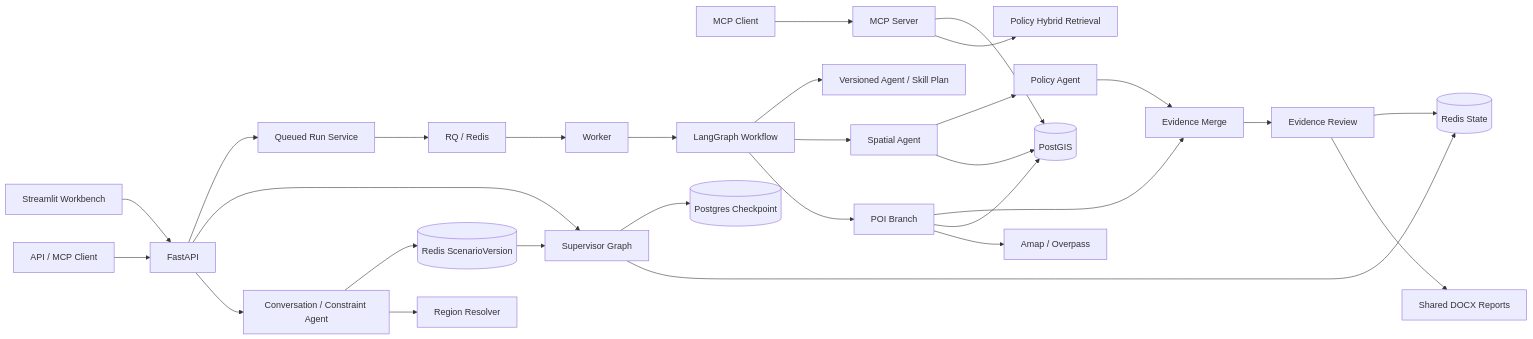
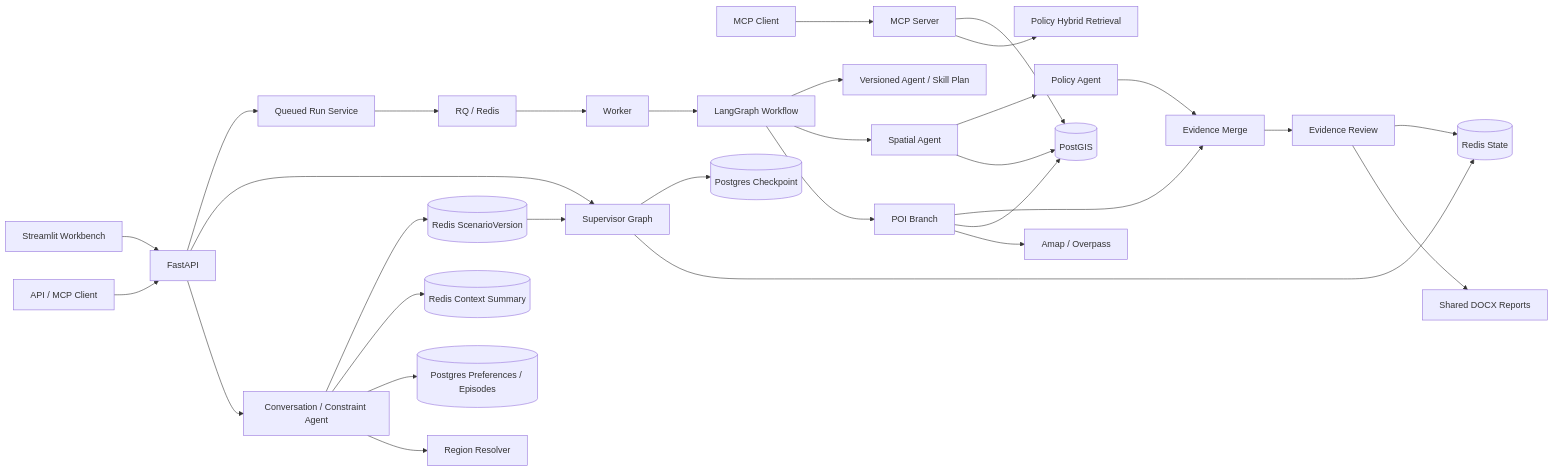
One commit to 1159312243h-gif/spatial-decision-agent changed the diagram in README.md. Above: the diagram before and after it, drawn with Mermaid. The commit also changed other lines of this file and 16 other files, not shown here.

````diff
--- a/README.md
+++ b/README.md
@@ -65,31 +67,33 @@
 ```mermaid
 flowchart LR
     UI["Streamlit Workbench"] --> API["FastAPI"]
     Client["API / MCP Client"] --> API
     MCPClient["MCP Client"] --> MCP["MCP Server"]
     API --> Run["Queued Run Service"]
     API --> Supervisor["Supervisor Graph"]
     API --> Conversation["Conversation / Constraint Agent"]
     Conversation --> Scenario[("Redis ScenarioVersion")]
+    Conversation --> Summary[("Redis Context Summary")]
+    Conversation --> Memory[("Postgres Preferences / Episodes")]
     Conversation --> Region["Region Resolver"]
     Scenario --> Supervisor
     Supervisor --> Checkpoint[("Postgres Checkpoint")]
     Supervisor --> Redis
     Run --> Queue["RQ / Redis"]
     Queue --> Worker["Worker"]
     Worker --> Graph["LangGraph Workflow"]
     Graph --> Plan["Versioned Agent / Skill Plan"]
     Graph --> GIS["Spatial Agent"]
     Graph --> POI["POI Branch"]
     GIS --> Rules["Policy Agent"]
     POI --> Merge["Evidence Merge"]
     Rules --> Merge
     Merge --> Review["Evidence Review"]
     Review --> Redis[("Redis State")]
     Review --> Reports["Shared DOCX Reports"]
     GIS --> PostGIS[("PostGIS")]
     POI --> PostGIS
     POI --> Online["Amap / Overpass"]
     MCP --> PostGIS
     MCP --> RAG["Policy Hybrid Retrieval"]
 ```
````
